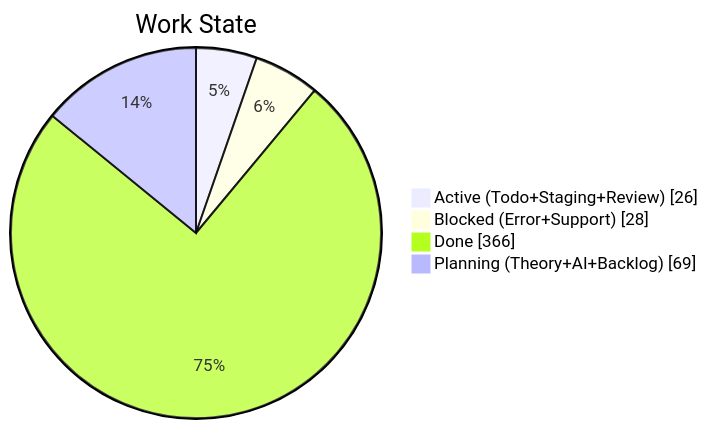
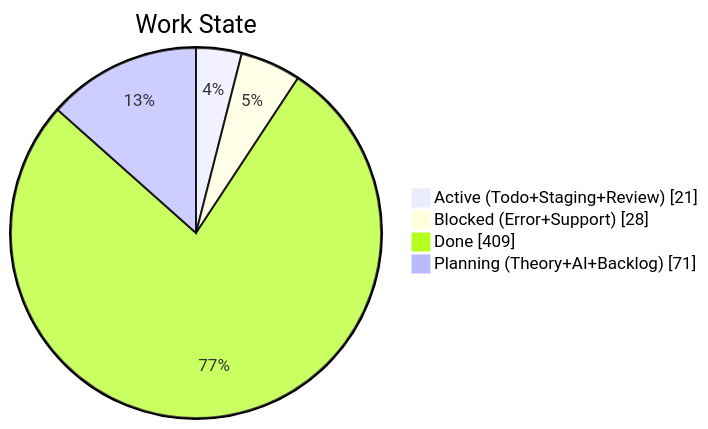
The second of 4 diagrams in apps/kbve/astro-kbve/src/content/docs/dashboard/kanban-data.mdx (KBVE/kbve), drawn with Mermaid before and after one commit. The commit also changed other lines of this file and 8 other files, not shown here.

````diff
--- a/apps/kbve/astro-kbve/src/content/docs/dashboard/kanban-data.mdx
+++ b/apps/kbve/astro-kbve/src/content/docs/dashboard/kanban-data.mdx
@@ -67,8 +68,8 @@
 ```mermaid
 pie showData
     title Work State
-    "Active (Todo+Staging+Review)" : 26
+    "Active (Todo+Staging+Review)" : 21
     "Blocked (Error+Support)" : 28
-    "Done" : 366
-    "Planning (Theory+AI+Backlog)" : 69
+    "Done" : 409
+    "Planning (Theory+AI+Backlog)" : 71
 ```
````
